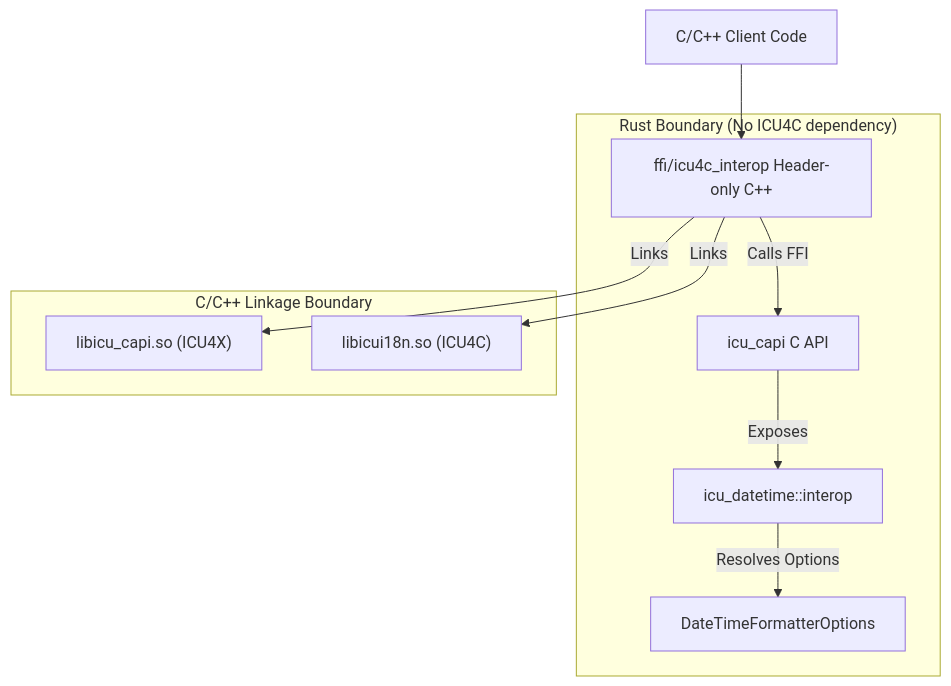
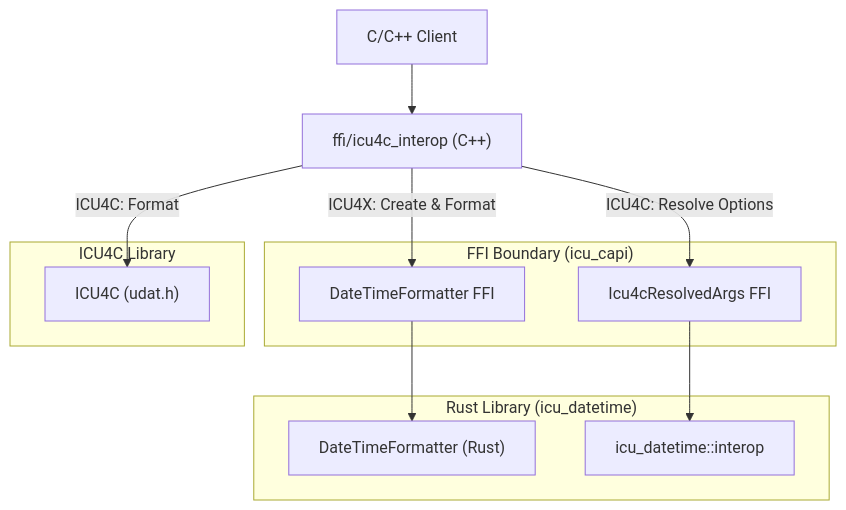
Before and after one commit to unicode-org/icu4x: the diagram in components/datetime/src/interop/design_spec.md, drawn with Mermaid.

Commit message:
docs: Update Datetime Interop flowchart in design_spec.md
Recreated the flowchart to better represent the control flow and boundaries between C++, FFI, Rust, and ICU4C.

````diff
--- a/components/datetime/src/interop/design_spec.md
+++ b/components/datetime/src/interop/design_spec.md
@@ -39,15 +39,26 @@
 ```mermaid
 graph TD
-    Client["C/C++ Client Code"] --> InteropCPP["ffi/icu4c_interop Header-only C++"]
-    
-    subgraph rust["Rust Boundary (No ICU4C dependency)"]
-        InteropCPP --> |Calls FFI| CAPI["icu_capi C API"]
-        CAPI --> |Exposes| InteropRust["icu_datetime::interop"]
-        InteropRust --> |Resolves Options| Options[DateTimeFormatterOptions]
+    Client["C/C++ Client"] --> InteropCPP["ffi/icu4c_interop (C++)"]
+
+    subgraph FFI ["FFI Boundary (icu_capi)"]
+        CAPI_FT["DateTimeFormatter FFI"]
+        CAPI_Interop["Icu4cResolvedArgs FFI"]
     end
 
-    subgraph linkage["C/C++ Linkage Boundary"]
-        InteropCPP --> |Links| CAPI_SO["libicu_capi.so (ICU4X)"]
-        InteropCPP --> |Links| ICU4C_SO["libicui18n.so (ICU4C)"]
+    subgraph Rust ["Rust Library (icu_datetime)"]
+        ICU4X_Rust["DateTimeFormatter (Rust)"]
+        Rust_Interop["icu_datetime::interop"]
     end
+
+    subgraph ICU4C_Lib ["ICU4C Library"]
+        ICU4C_C["ICU4C (udat.h)"]
+    end
+
+    InteropCPP -->|ICU4X: Create & Format| CAPI_FT
+    CAPI_FT --> ICU4X_Rust
+
+    InteropCPP -->|ICU4C: Resolve Options| CAPI_Interop
+    CAPI_Interop --> Rust_Interop
+
+    InteropCPP -->|ICU4C: Format| ICU4C_C
 ```
````
